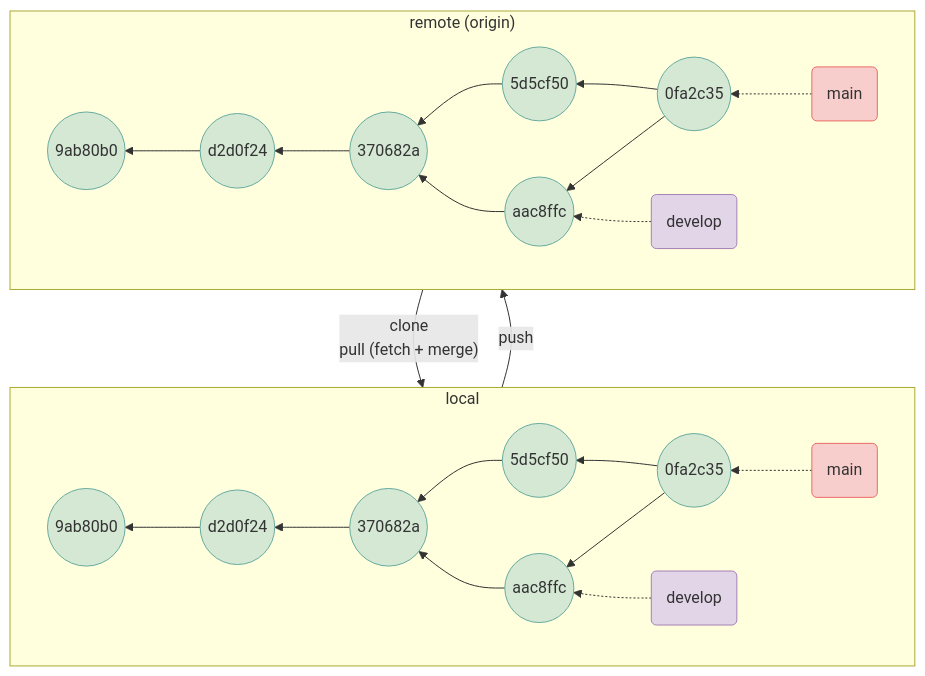
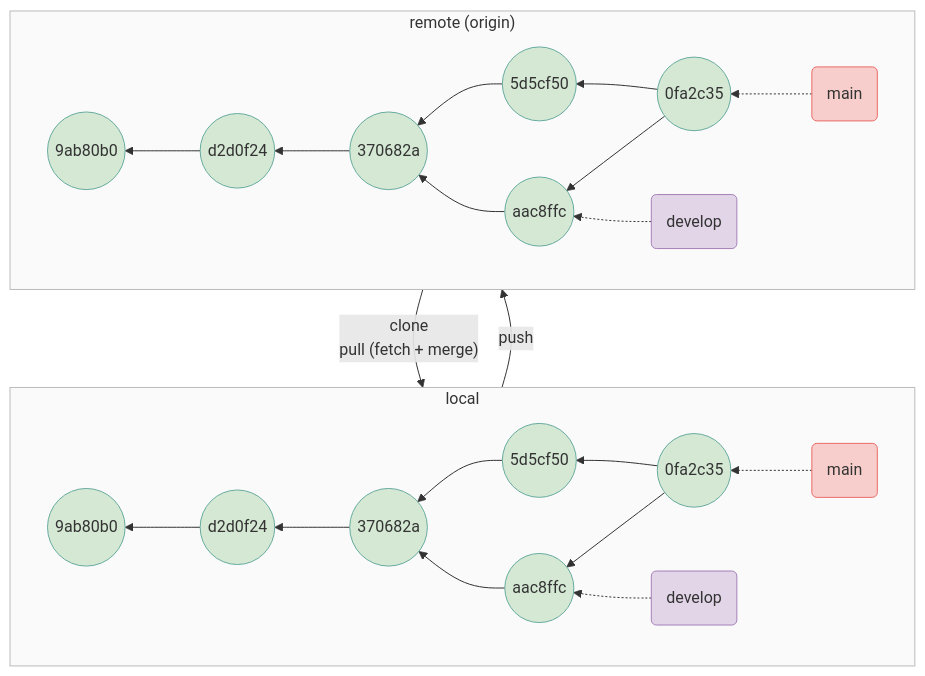
One commit to iobis/sg-12-training changed the seventh of 7 diagrams in git.md. Above: the diagram before and after it, drawn with Mermaid. The commit also changed other lines of this file and 4 other files, not shown here.

````diff
--- a/git.md
+++ b/git.md
@@ -286,55 +307,57 @@
 ```mermaid
 flowchart TB
     subgraph local
     direction RL
     1((9ab80b0))
     2((d2d0f24))
     3((370682a))
     4((aac8ffc))
     5((5d5cf50))
     6((0fa2c35))
     2 --> 1
     3 --> 2
     4 --> 3
     5 --> 3
     6 --> 5
     6 --> 4
     main(main) -.-> 6
     develop(develop) -.-> 4
     style 1 fill:#D5E8D4,stroke:#67AB9F,stroke-width:1px
     style 2 fill:#D5E8D4,stroke:#67AB9F,stroke-width:1px
     style 3 fill:#D5E8D4,stroke:#67AB9F,stroke-width:1px
     style 4 fill:#D5E8D4,stroke:#67AB9F,stroke-width:1px
     style 5 fill:#D5E8D4,stroke:#67AB9F,stroke-width:1px
     style 6 fill:#D5E8D4,stroke:#67AB9F,stroke-width:1px
     style main fill:#F8CECC,stroke:#EA6B66,stroke-width:1px
     style develop fill:#E1D5E7,stroke:#A680B8,stroke-width:1px
+    style local fill:#FAFAFA,stroke:#BBBBBB,stroke-width:1px
+    style remote fill:#FAFAFA,stroke:#BBBBBB,stroke-width:1px
     end
     subgraph remote ["remote (origin)"]
     direction RL
     r1((9ab80b0))
     r2((d2d0f24))
     r3((370682a))
     r4((aac8ffc))
     r5((5d5cf50))
     r6((0fa2c35))
     r2 --> r1
     r3 --> r2
     r4 --> r3
     r5 --> r3
     r6 --> r5
     r6 --> r4
     rmain(main) -.-> r6
     rdevelop(develop) -.-> r4
     style r1 fill:#D5E8D4,stroke:#67AB9F,stroke-width:1px
     style r2 fill:#D5E8D4,stroke:#67AB9F,stroke-width:1px
     style r3 fill:#D5E8D4,stroke:#67AB9F,stroke-width:1px
     style r4 fill:#D5E8D4,stroke:#67AB9F,stroke-width:1px
     style r5 fill:#D5E8D4,stroke:#67AB9F,stroke-width:1px
     style r6 fill:#D5E8D4,stroke:#67AB9F,stroke-width:1px
     style rmain fill:#F8CECC,stroke:#EA6B66,stroke-width:1px
     style rdevelop fill:#E1D5E7,stroke:#A680B8,stroke-width:1px
     end
     local -- push --> remote
     remote -- clone<br/>pull (fetch + merge) --> local
 ```
````
